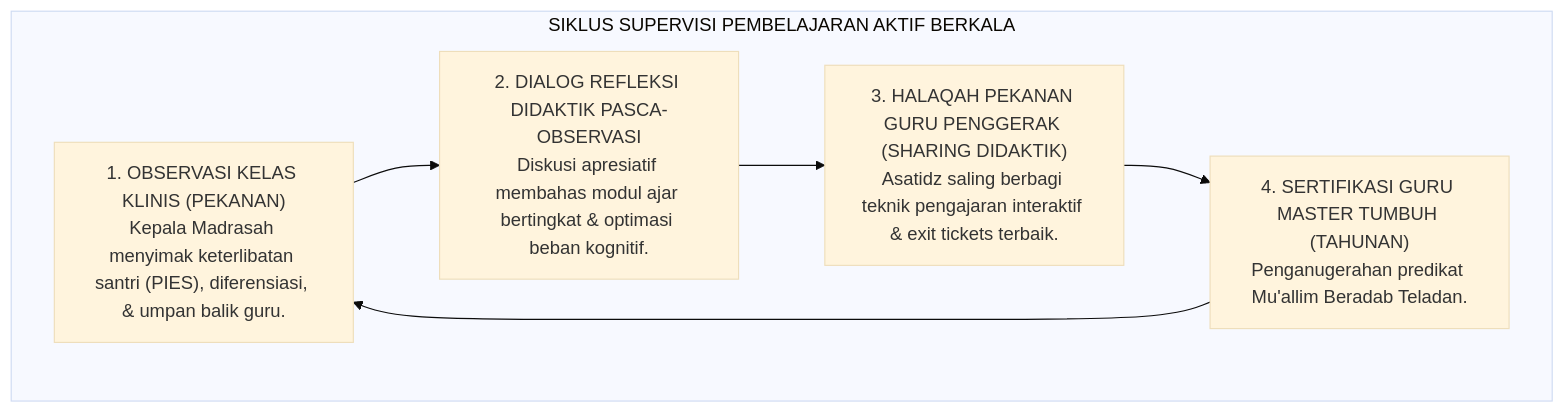
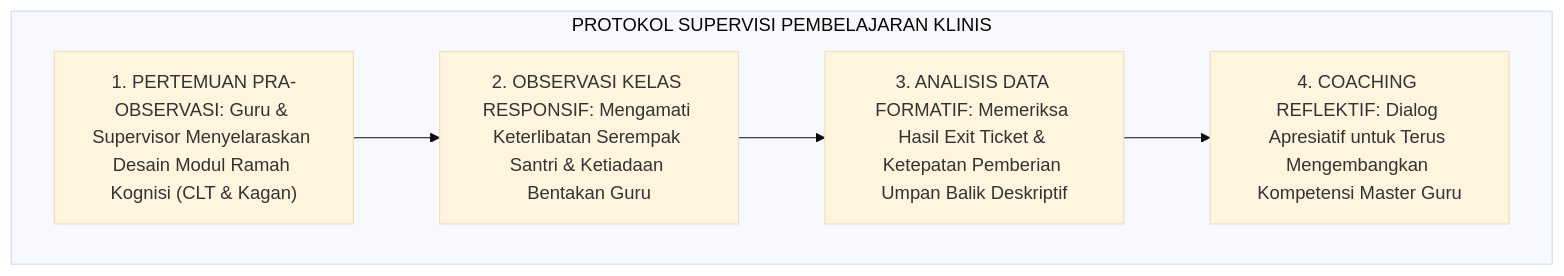
The third of 3 diagrams in 02 Principles/03 Learning Principles/P2-03-06-Sintesis-Learning-Principles-TUMBUH.md (wandiapriliyandi/tumbuh), drawn with Mermaid (base theme) before and after one commit. The commit also changed other lines of this file and 6 other files, not shown here.

````diff
--- a/02 Principles/03 Learning Principles/P2-03-06-Sintesis-Learning-Principles-TUMBUH.md
+++ b/02 Principles/03 Learning Principles/P2-03-06-Sintesis-Learning-Principles-TUMBUH.md
@@ -172,14 +160,9 @@
 ```mermaid
 flowchart TD
-    subgraph SiklusSupervisiAkademikTUMBUH["SIKLUS SUPERVISI PEMBELAJARAN AKTIF BERKALA"]
-        Observasi["1. OBSERVASI KELAS KLINIS (PEKANAN)<br/>Kepala Madrasah menyimak keterlibatan santri (PIES), diferensiasi, & umpan balik guru."]
-        
-        DialogRefleksi["2. DIALOG REFLEKSI DIDAKTIK PASCA-OBSERVASI<br/>Diskusi apresiatif membahas modul ajar bertingkat & optimasi beban kognitif."]
-        
-        HalaqahAsatidz["3. HALAQAH PEKANAN GURU PENGGERAK (SHARING DIDAKTIK)<br/>Asatidz saling berbagi teknik pengajaran interaktif & exit tickets terbaik."]
-        
-        SertifikasiGuru["4. SERTIFIKASI GURU MASTER TUMBUH (TAHUNAN)<br/>Penganugerahan predikat Mu'allim Beradab Teladan."]
-        
-        Observasi --> DialogRefleksi --> HalaqahAsatidz --> SertifikasiGuru --> Observasi
+    subgraph ProtokolSupervisiPembelajaran["PROTOKOL SUPERVISI PEMBELAJARAN KLINIS"]
+        PraObservasi["1. PERTEMUAN PRA-OBSERVASI: Guru & Supervisor Menyelaraskan Desain Modul Ramah Kognisi (CLT & Kagan)"]
+        --> ObservasiKelas["2. OBSERVASI KELAS RESPONSIF: Mengamati Keterlibatan Serempak Santri & Ketiadaan Bentakan Guru"]
+        --> AnalisisExitTicket["3. ANALISIS DATA FORMATIF: Memeriksa Hasil Exit Ticket & Ketepatan Pemberian Umpan Balik Deskriptif"]
+        --> RefleksiQudwah["4. COACHING REFLEKTIF: Dialog Apresiatif untuk Terus Mengembangkan Kompetensi Master Guru"]
     end
 ```
````
